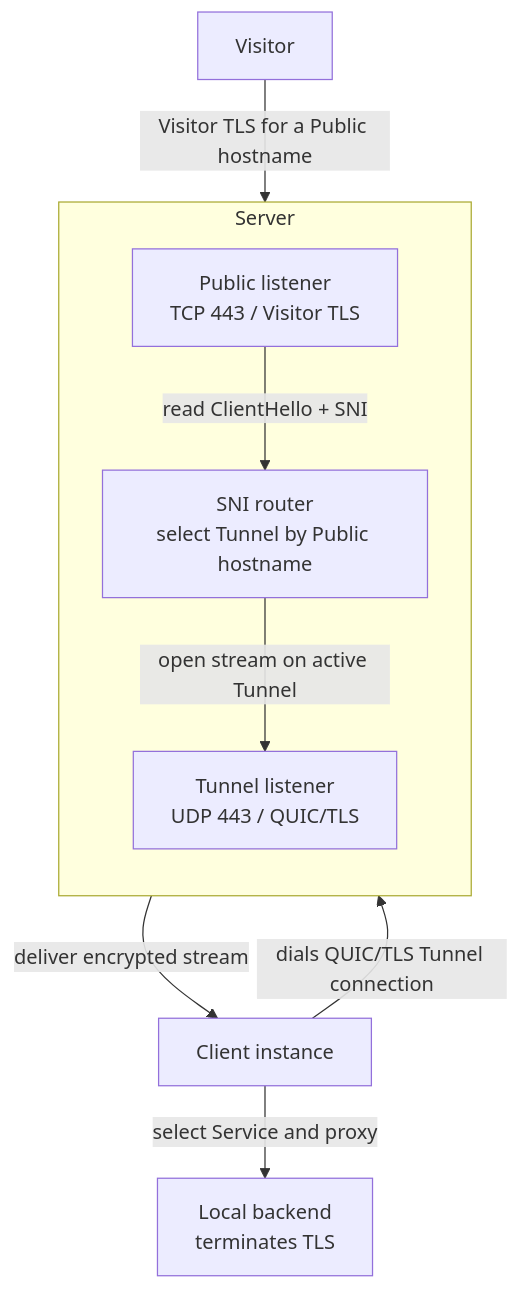
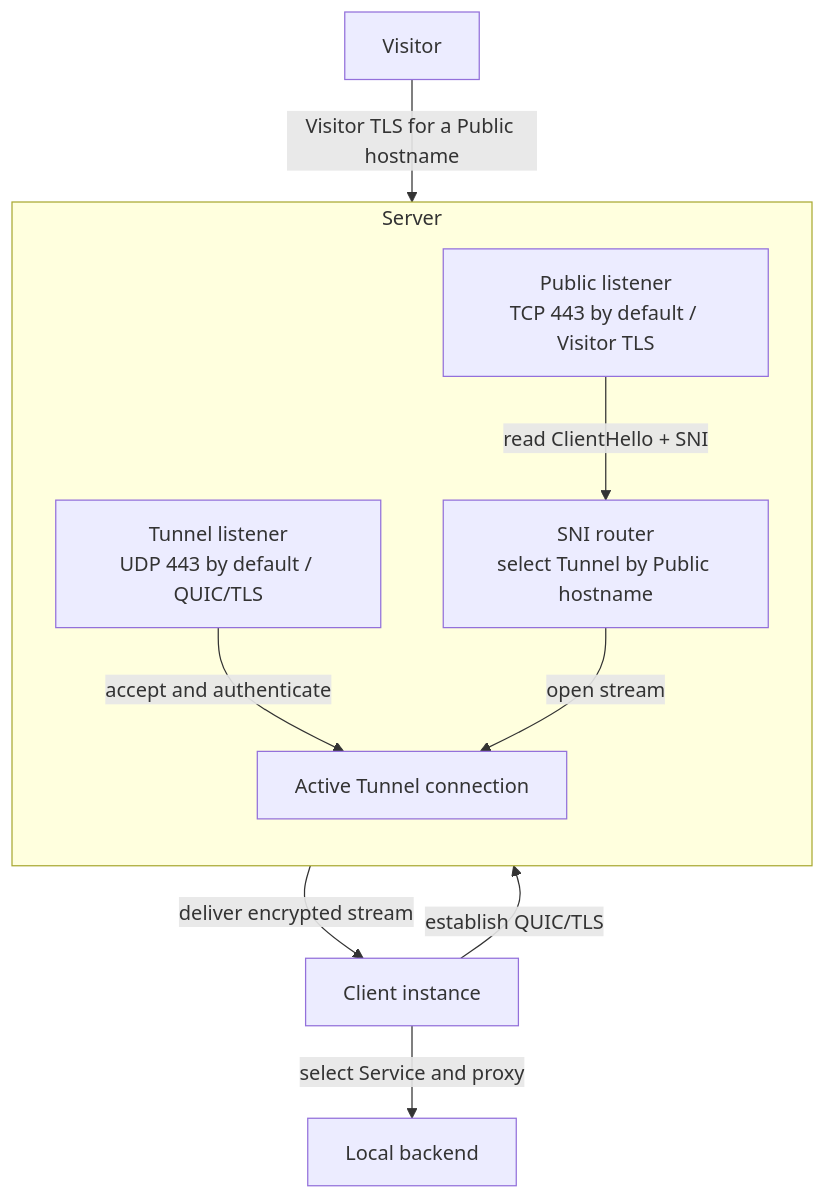
The diagram in README.md (runewarp/runewarp), drawn with Mermaid before and after one commit. The commit also changed other lines of this file and 17 other files, not shown here.

````diff
--- a/README.md
+++ b/README.md
@@ -56,21 +56,23 @@
 ```mermaid
 flowchart TD
     V[Visitor]
     C["Client instance"]
-    B["Local backend<br/>terminates TLS"]
+    B["Local backend"]
 
     subgraph S["Server"]
         direction TB
-        P["Public listener<br/>TCP 443 / Visitor TLS"]
+        P["Public listener<br/>TCP 443 by default / Visitor TLS"]
         R["SNI router<br/>select Tunnel by Public hostname"]
-        U["Tunnel listener<br/>UDP 443 / QUIC/TLS"]
+        U["Tunnel listener<br/>UDP 443 by default / QUIC/TLS"]
+        T["Active Tunnel connection"]
 
         P -->|"read ClientHello + SNI"| R
-        R -->|"open stream on active Tunnel"| U
+        U -->|"accept and authenticate"| T
+        R -->|"open stream"| T
     end
 
     V -->|"Visitor TLS for a Public hostname"| P
-    C -->|"dials QUIC/TLS Tunnel connection"| U
-    U -->|"deliver encrypted stream"| C
+    C -->|"establish QUIC/TLS"| U
+    T -->|"deliver encrypted stream"| C
     C -->|"select Service and proxy"| B
 ```
````
